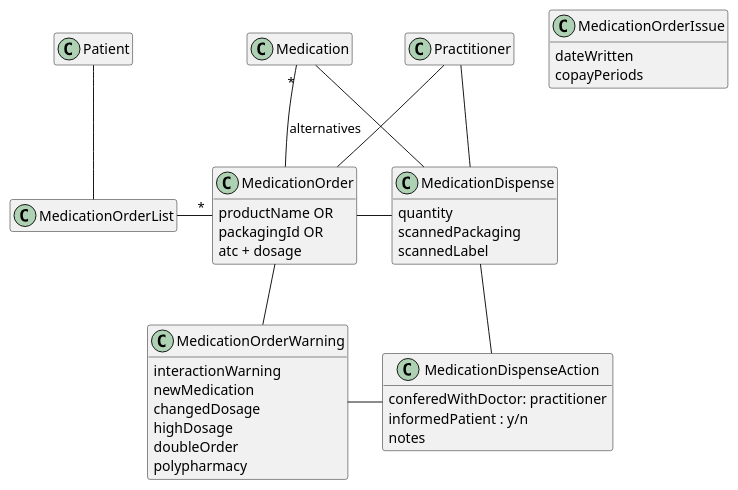
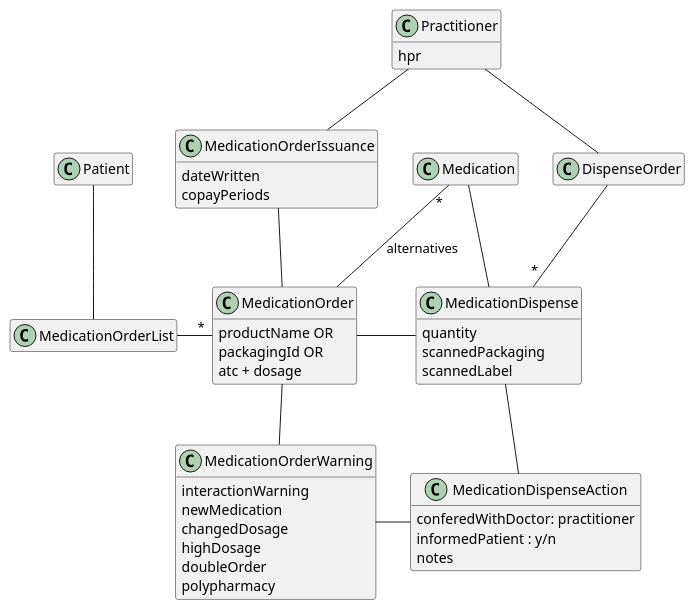
The diagram in doc/class-reseptur-logisk.puml (sopra-steria-norge/pharmacy.no), drawn with PlantUML before and after one commit. The commit also changed 10 other files, not shown here.

```diff
--- a/doc/class-reseptur-logisk.puml
+++ b/doc/class-reseptur-logisk.puml
@@ -1,57 +1,64 @@
 @startuml
 
 class Patient
 
 class MedicationOrderList
 
 class MedicationOrder {
     productName OR
     packagingId OR
     atc + dosage
 }
 
-class MedicationOrderIssue {
+class MedicationOrderIssuance {
     dateWritten
     copayPeriods
 }
 
 class MedicationOrderWarning {
     interactionWarning
     newMedication
     changedDosage
     highDosage
     doubleOrder
     polypharmacy
 }
 
 class Medication
 
-class Practitioner
+class Practitioner {
+    hpr
+}
+
+class DispenseOrder {
+}
 
 class MedicationDispense {
     quantity
     scannedPackaging
     scannedLabel    
 }
 
 class MedicationDispenseAction {
     conferedWithDoctor: practitioner
     informedPatient : y/n
     notes
 }
 
 Patient -down- MedicationOrderList
 MedicationOrderList -right- "*" MedicationOrder
-MedicationOrder -up- Practitioner
+MedicationOrder -up- MedicationOrderIssuance
+MedicationOrderIssuance -up- Practitioner
 MedicationOrder -down- MedicationOrderWarning
 MedicationOrder -right- MedicationDispense
 MedicationDispense -down- MedicationDispenseAction
 MedicationOrderWarning -right- MedicationDispenseAction
 
 MedicationOrder -up- "*" Medication: alternatives
 MedicationDispense -up- Medication
-MedicationDispense -up- Practitioner
+DispenseOrder -up- Practitioner
+DispenseOrder -down- "*" MedicationDispense
 
 hide empty members
 hide methods
 @enduml
```
